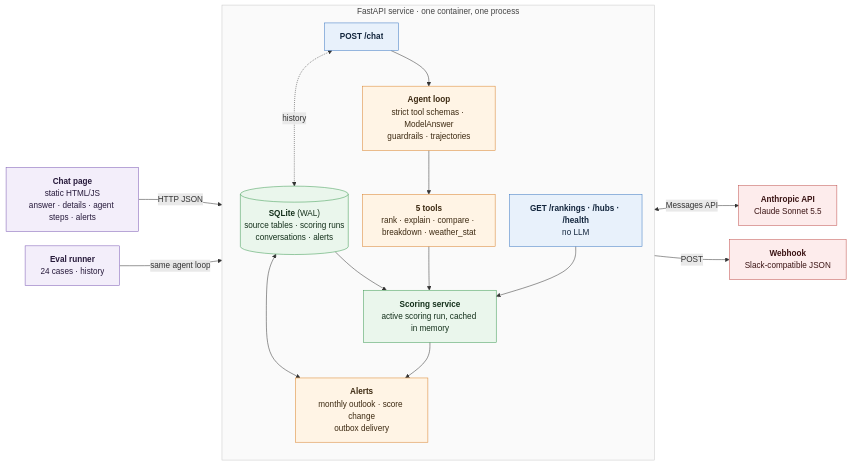
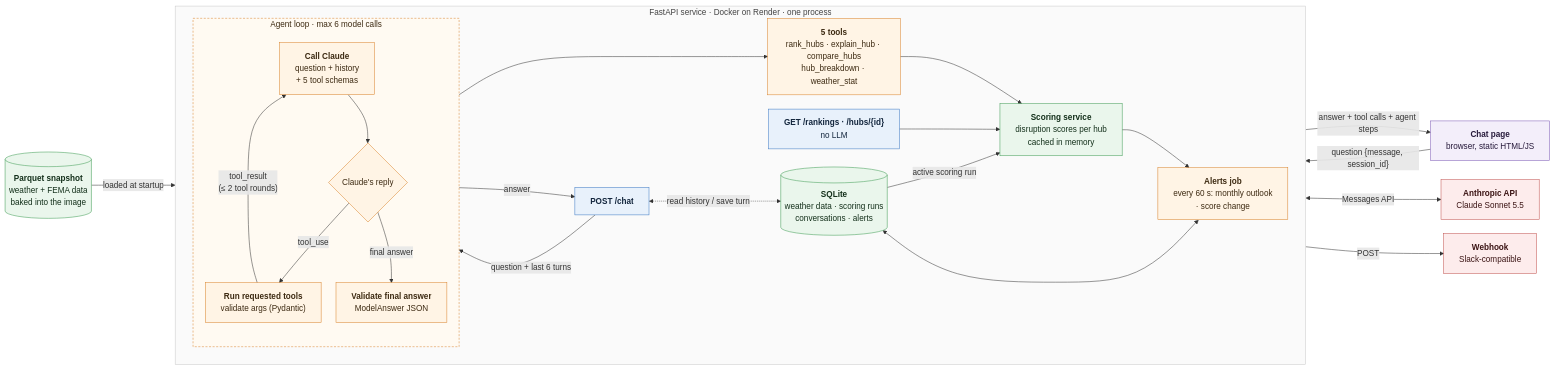
Before and after one commit to Omer212111/Home-assignment-Moveo: the first of 3 diagrams in docs/ARCHITECTURE.md, drawn with Mermaid. The commit also changed other lines of this file, not shown here.

Commit message:
Redraw the architecture diagram: explicit agent loop, labelled chat request/response
Claude-Session: https://claude.ai/code/session_011hVRPayq9yfkbEahWCPf9x

````diff
--- a/docs/ARCHITECTURE.md
+++ b/docs/ARCHITECTURE.md
@@ -10,51 +10,68 @@
 ```mermaid
 ---
 config:
   flowchart:
     curve: basis
     nodeSpacing: 28
     rankSpacing: 45
 ---
 flowchart LR
 
-    subgraph SVC["FastAPI service · one container, one process"]
-        direction TB
-        DB[("<b>SQLite</b> (WAL)<br/>source tables · scoring runs<br/>conversations · alerts")]
-        ENG["<b>Scoring service</b><br/>active scoring run, cached in memory"]
+    UI["<b>Chat page</b><br/>browser, static HTML/JS"]
+    SNAP[("<b>Parquet snapshot</b><br/>weather + FEMA data<br/>baked into the image")]
+    CLAUDE["<b>Anthropic API</b><br/>Claude Sonnet 5.5"]
+    HOOK["<b>Webhook</b><br/>Slack-compatible"]
+
+    subgraph SVC["FastAPI service · Docker on Render · one process"]
+        direction LR
         CHAT["<b>POST /chat</b>"]
-        AGENT["<b>Agent loop</b><br/>strict tool schemas · ModelAnswer<br/>guardrails · trajectories"]
-        TOOLS["<b>5 tools</b><br/>rank · explain · compare · breakdown · weather_stat"]
-        REST["<b>GET /rankings · /hubs · /health</b><br/>no LLM"]
-        ALERT["<b>Alerts</b><br/>monthly outlook · score change<br/>outbox delivery"]
-        DB --> ENG
-        CHAT --> AGENT --> TOOLS --> ENG
+        REST["<b>GET /rankings · /hubs/{id}</b><br/>no LLM"]
+
+        subgraph LOOP["Agent loop · max 6 model calls"]
+            direction TB
+            CALL["<b>Call Claude</b><br/>question + history<br/>+ 5 tool schemas"]
+            DECIDE{"Claude's reply"}
+            RUN["<b>Run requested tools</b><br/>validate args (Pydantic)"]
+            FINAL["<b>Validate final answer</b><br/>ModelAnswer JSON"]
+            CALL --> DECIDE
+            DECIDE -- "tool_use" --> RUN
+            RUN -- "tool_result<br/>(≤ 2 tool rounds)" --> CALL
+            DECIDE -- "final answer" --> FINAL
+        end
+
+        TOOLS["<b>5 tools</b><br/>rank_hubs · explain_hub · compare_hubs<br/>hub_breakdown · weather_stat"]
+        ENG["<b>Scoring service</b><br/>disruption scores per hub<br/>cached in memory"]
+        DB[("<b>SQLite</b><br/>weather data · scoring runs<br/>conversations · alerts")]
+        ALERT["<b>Alerts job</b><br/>every 60 s: monthly outlook<br/>· score change"]
+
+        CHAT -- "question + last 6 turns" --> CALL
+        FINAL -- "answer" --> CHAT
+        CHAT <-. "read history / save turn" .-> DB
+        RUN --> TOOLS --> ENG
         REST --> ENG
+        DB -- "active scoring run" --> ENG
         ENG --> ALERT
         ALERT <--> DB
-        CHAT <-. "history" .-> DB
     end
 
-    UI["<b>Chat page</b><br/>static HTML/JS<br/>answer · details · agent steps · alerts"]
-    CLAUDE["<b>Anthropic API</b><br/>Claude Sonnet 5.5"]
-    HOOK["<b>Webhook</b><br/>Slack-compatible JSON"]
-    EVAL["<b>Eval runner</b><br/>24 cases · history"]
-
-    UI -- "HTTP JSON" --> CHAT
-    EVAL -- "same agent loop" --> AGENT
-    AGENT <-- "Messages API" --> CLAUDE
+    UI -- "question {message, session_id}" --> CHAT
+    CHAT -- "answer + tool calls + agent steps" --> UI
+    CALL <-- "Messages API" --> CLAUDE
+    SNAP -- "loaded at startup" --> DB
     ALERT -- "POST" --> HOOK
 
     classDef client fill:#f3eefa,stroke:#7d5bb5,color:#271a3b
     classDef api fill:#e8f1fb,stroke:#3b78c3,color:#13263d
     classDef agent fill:#fff4e5,stroke:#d9822b,color:#3d2a12
     classDef ext fill:#fdecec,stroke:#c0504d,color:#3b1414
     classDef eng fill:#eaf6ec,stroke:#3c9a52,color:#14301b
-    classDef batch fill:#eef3f3,stroke:#5b8a8a,color:#1d2e2e
     classDef group fill:#fafafa,stroke:#c8c8c8,color:#444
-    class UI,EVAL client
+    classDef loop fill:#fffaf2,stroke:#d9822b,stroke-dasharray:4 3,color:#3d2a12
+    class UI client
     class CHAT,REST api
-    class AGENT,TOOLS,ALERT agent
+    class CALL,DECIDE,RUN,FINAL,TOOLS,ALERT agent
     class CLAUDE,HOOK ext
-    class ENG,DB eng
+    class ENG,DB,SNAP eng
     class SVC group
+    class LOOP loop
 ```
````
